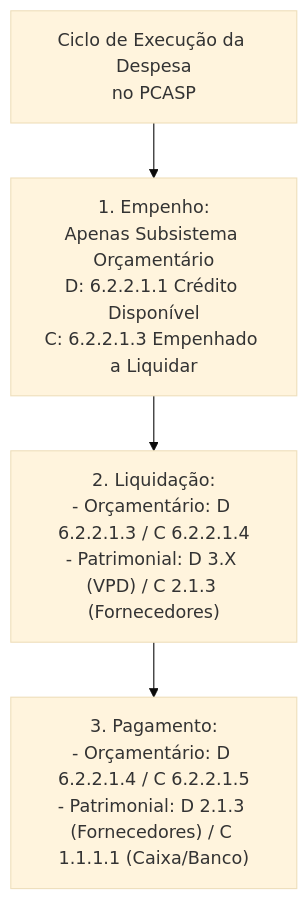
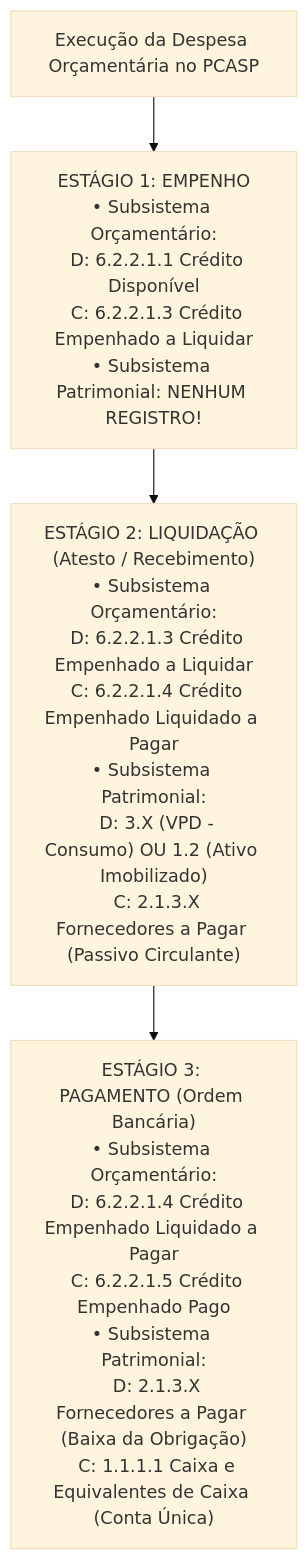
One commit to thiagosantos346/TCE-GO-2027 changed the fifth of 5 diagrams in fontes_de_estudo/conhecimentos_especificos_a01_tecnico_administrativo/20_contabilidade_aplicada_ao_setor_publico/03_pcasp_estrutura_e_lancamentos_contabeis.md. Above: the diagram before and after it, drawn with Mermaid (base theme). The commit also changed other lines of this file and 119 other files, not shown here.

````diff
--- a/fontes_de_estudo/conhecimentos_especificos_a01_tecnico_administrativo/20_contabilidade_aplicada_ao_setor_publico/03_pcasp_estrutura_e_lancamentos_contabeis.md
+++ b/fontes_de_estudo/conhecimentos_especificos_a01_tecnico_administrativo/20_contabilidade_aplicada_ao_setor_publico/03_pcasp_estrutura_e_lancamentos_contabeis.md
@@ -206,10 +208,10 @@
 ```mermaid
 flowchart TD
-    Despesa["Ciclo de Execução da Despesa<br/>no PCASP"]
+    Desp["Execução da Despesa Orçamentária no PCASP"]
     
-    Despesa --> E1["1. Empenho:<br/>Apenas Subsistema Orçamentário<br/>D: 6.2.2.1.1 Crédito Disponível<br/>C: 6.2.2.1.3 Empenhado a Liquidar"]
+    Desp --> Est1["ESTÁGIO 1: EMPENHO<br/>• Subsistema Orçamentário:<br/>  D: 6.2.2.1.1 Crédito Disponível<br/>  C: 6.2.2.1.3 Crédito Empenhado a Liquidar<br/>• Subsistema Patrimonial: NENHUM REGISTRO!"]
     
-    E1 --> E2["2. Liquidação:<br/>- Orçamentário: D 6.2.2.1.3 / C 6.2.2.1.4<br/>- Patrimonial: D 3.X (VPD) / C 2.1.3 (Fornecedores)"]
+    Est1 --> Est2["ESTÁGIO 2: LIQUIDAÇÃO (Atesto / Recebimento)<br/>• Subsistema Orçamentário:<br/>  D: 6.2.2.1.3 Crédito Empenhado a Liquidar<br/>  C: 6.2.2.1.4 Crédito Empenhado Liquidado a Pagar<br/>• Subsistema Patrimonial:<br/>  D: 3.X (VPD - Consumo) OU 1.2 (Ativo Imobilizado)<br/>  C: 2.1.3.X Fornecedores a Pagar (Passivo Circulante)"]
     
-    E2 --> E3["3. Pagamento:<br/>- Orçamentário: D 6.2.2.1.4 / C 6.2.2.1.5<br/>- Patrimonial: D 2.1.3 (Fornecedores) / C 1.1.1.1 (Caixa/Banco)"]
+    Est2 --> Est3["ESTÁGIO 3: PAGAMENTO (Ordem Bancária)<br/>• Subsistema Orçamentário:<br/>  D: 6.2.2.1.4 Crédito Empenhado Liquidado a Pagar<br/>  C: 6.2.2.1.5 Crédito Empenhado Pago<br/>• Subsistema Patrimonial:<br/>  D: 2.1.3.X Fornecedores a Pagar (Baixa da Obrigação)<br/>  C: 1.1.1.1 Caixa e Equivalentes de Caixa (Conta Única)"]
 ```
````
